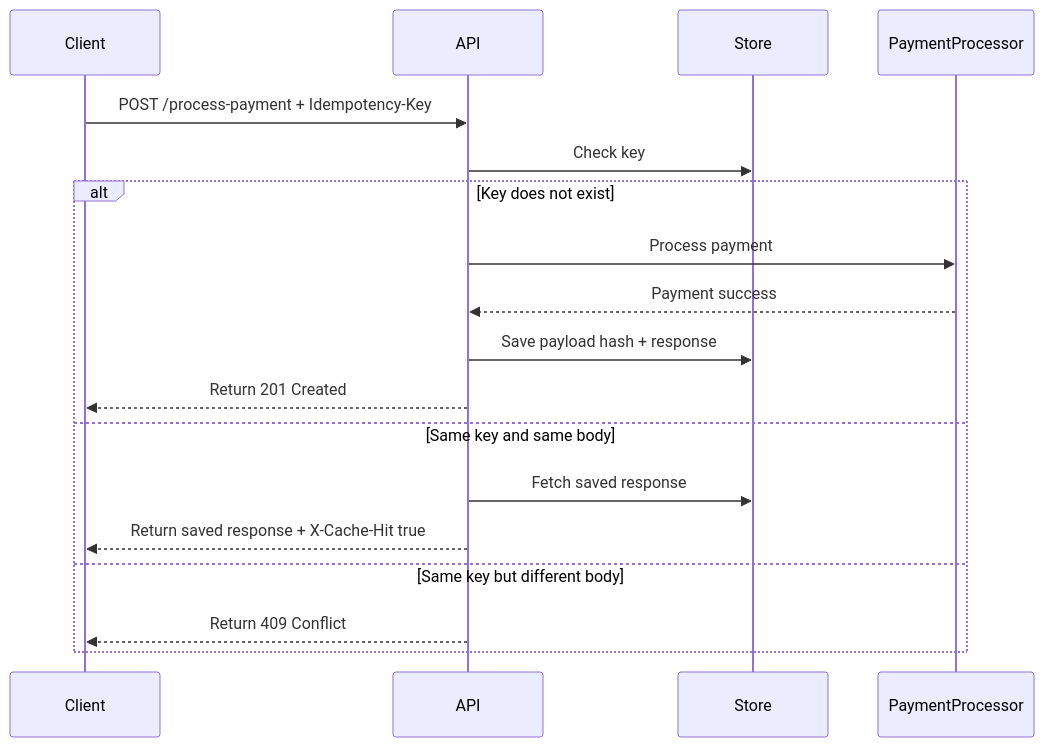
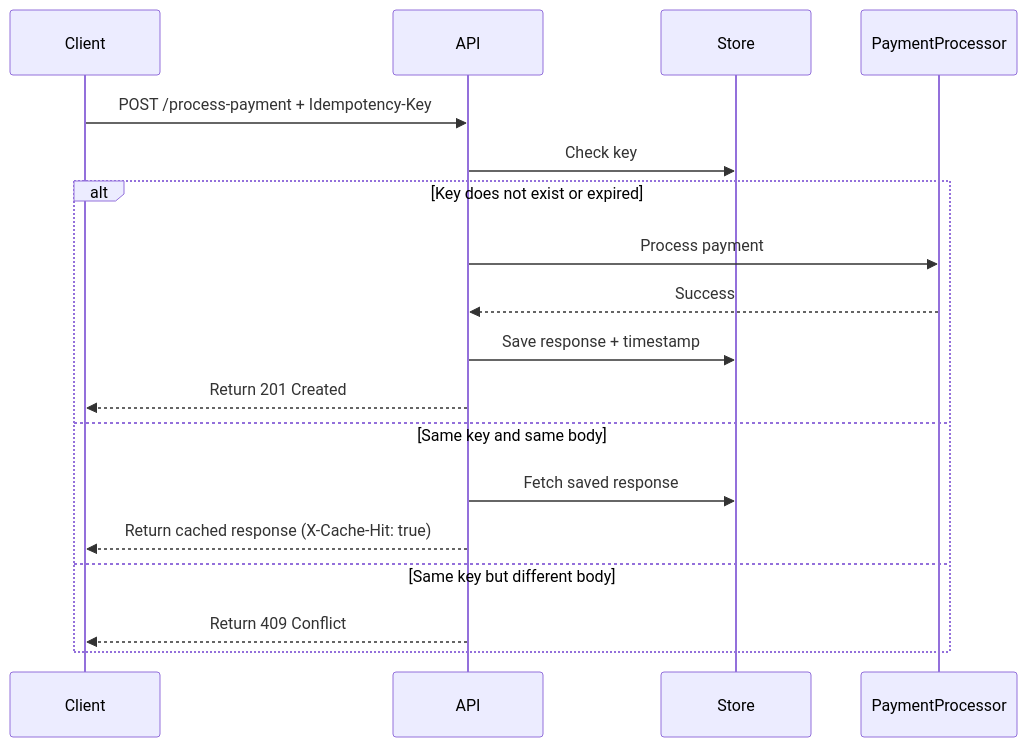
The diagram in backend/Idempotency-gateway/README.md (mug1sha/AmaliTech-DEG-Project-based-challenges), drawn with Mermaid before and after one commit. The commit also changed other lines of this file, not shown here.

````diff
--- a/backend/Idempotency-gateway/README.md
+++ b/backend/Idempotency-gateway/README.md
@@ -7,22 +79,22 @@
 ```mermaid
 sequenceDiagram
     participant Client
     participant API
     participant Store
     participant PaymentProcessor
 
     Client->>API: POST /process-payment + Idempotency-Key
     API->>Store: Check key
 
-    alt Key does not exist
+    alt Key does not exist or expired
         API->>PaymentProcessor: Process payment
-        PaymentProcessor-->>API: Payment success
-        API->>Store: Save payload hash + response
+        PaymentProcessor-->>API: Success
+        API->>Store: Save response + timestamp
         API-->>Client: Return 201 Created
     else Same key and same body
         API->>Store: Fetch saved response
-        API-->>Client: Return saved response + X-Cache-Hit true
+        API-->>Client: Return cached response (X-Cache-Hit: true)
     else Same key but different body
         API-->>Client: Return 409 Conflict
     end
 ```
````
